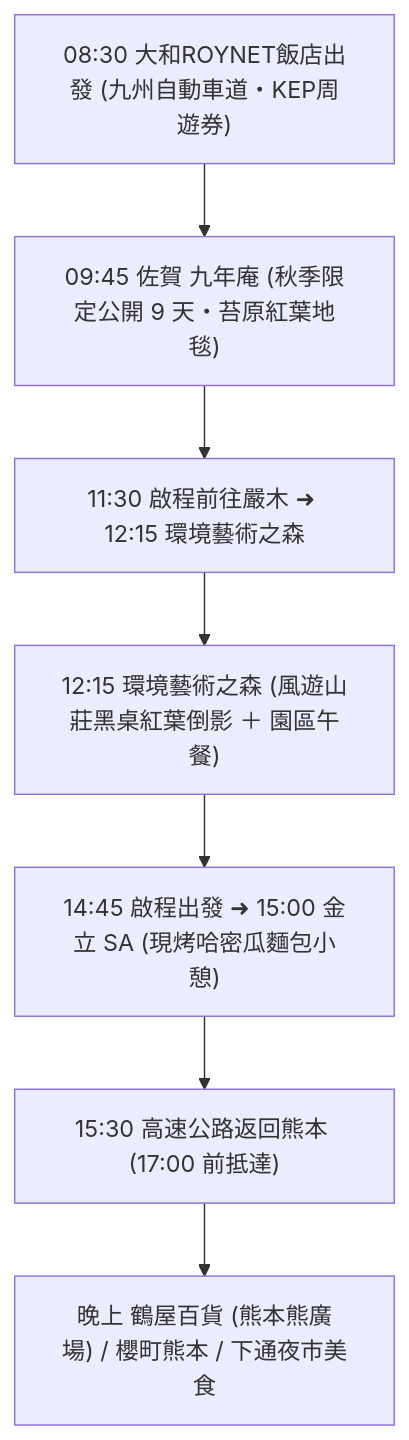
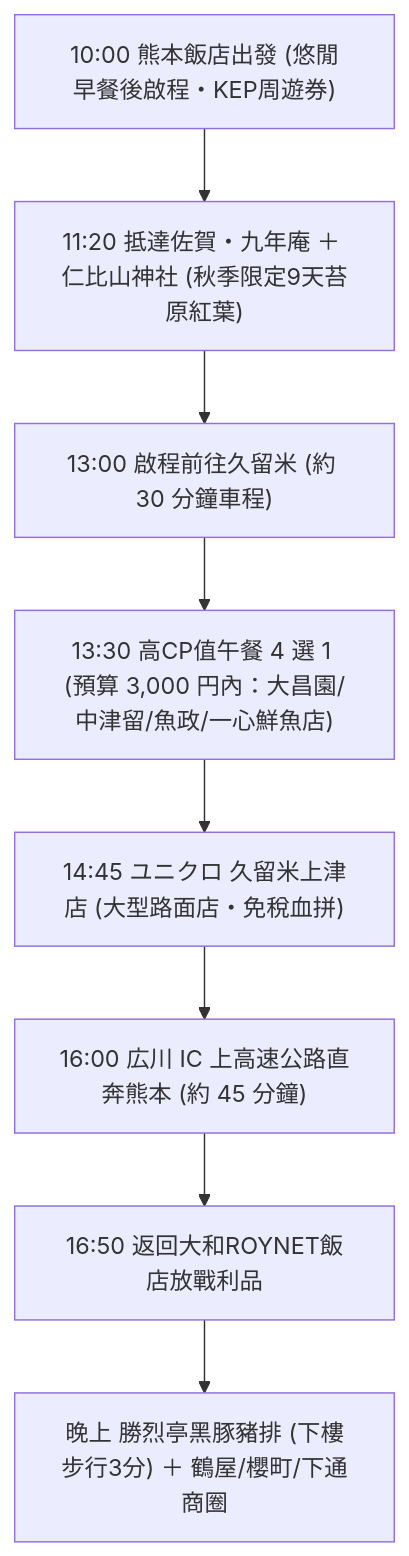
The diagram in 1118(三)_佐賀.md (Eric-Jamie-Family/2026-japan-trip), drawn with Mermaid before and after one commit. The commit also changed other lines of this file and 1 other file, not shown here.

````diff
--- a/1118(三)_佐賀.md
+++ b/1118(三)_佐賀.md
@@ -11,9 +11,10 @@
 ```mermaid
 flowchart TD
-    A["08:30 大和ROYNET飯店出發 (九州自動車道・KEP周遊券)"] --> B["09:45 佐賀 九年庵 (秋季限定公開 9 天・苔原紅葉地毯)"]
-    B --> C["11:30 啟程前往嚴木 ➜ 12:15 環境藝術之森"]
-    C --> D["12:15 環境藝術之森 (風遊山莊黑桌紅葉倒影 ＋ 園區午餐)"]
-    D --> E["14:45 啟程出發 ➜ 15:00 金立 SA (現烤哈密瓜麵包小憩)"]
-    E --> F["15:30 高速公路返回熊本 (17:00 前抵達)"]
-    F --> G["晚上 鶴屋百貨 (熊本熊廣場) / 櫻町熊本 / 下通夜市美食"]
+    A["10:00 熊本飯店出發 (悠閒早餐後啟程・KEP周遊券)"] --> B["11:20 抵達佐賀・九年庵 ＋ 仁比山神社 (秋季限定9天苔原紅葉)"]
+    B --> C["13:00 啟程前往久留米 (約 30 分鐘車程)"]
+    C --> D["13:30 高CP值午餐 4 選 1 (預算 3,000 円內：大昌園/中津留/魚政/一心鮮魚店)"]
+    D --> E["14:45 ユニクロ 久留米上津店 (大型路面店・免稅血拼)"]
+    E --> F["16:00 広川 IC 上高速公路直奔熊本 (約 45 分鐘)"]
+    F --> G["16:50 返回大和ROYNET飯店放戰利品"]
+    G --> H["晚上 勝烈亭黑豚豬排 (下樓步行3分) ＋ 鶴屋/櫻町/下通商圈"]
 ```
````
